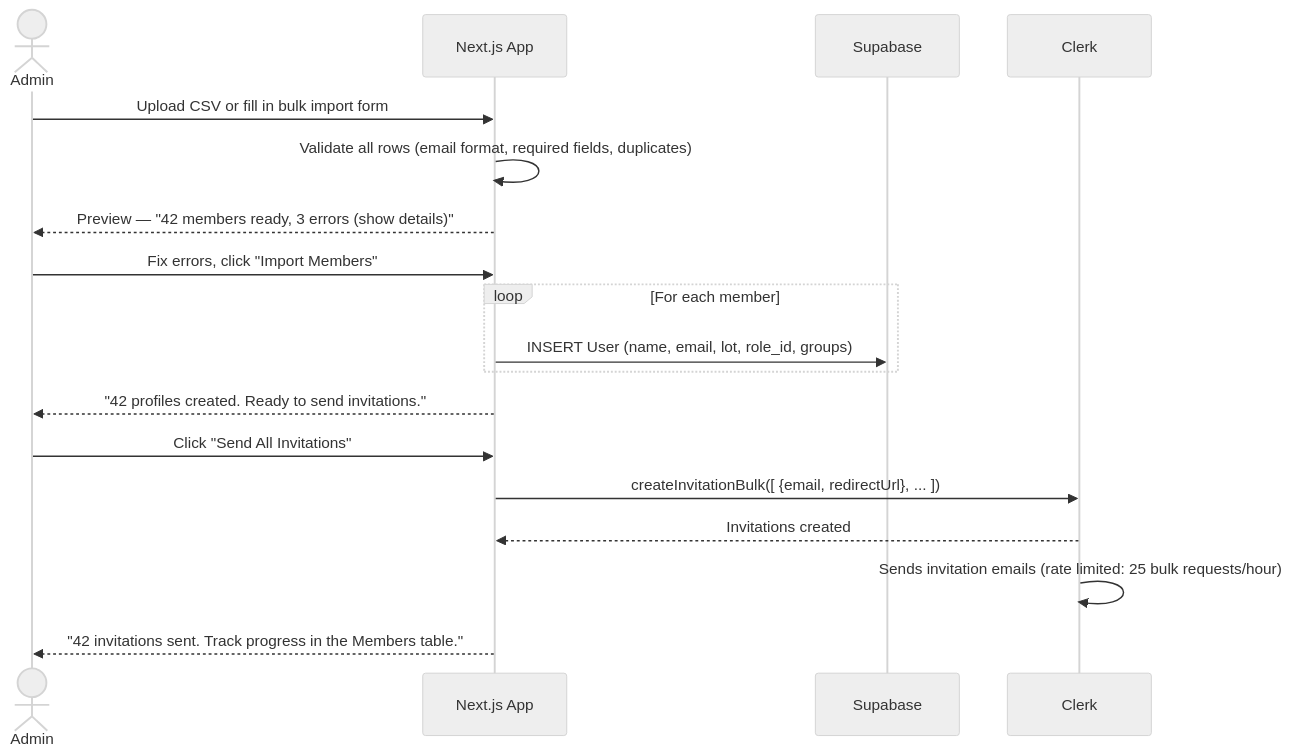
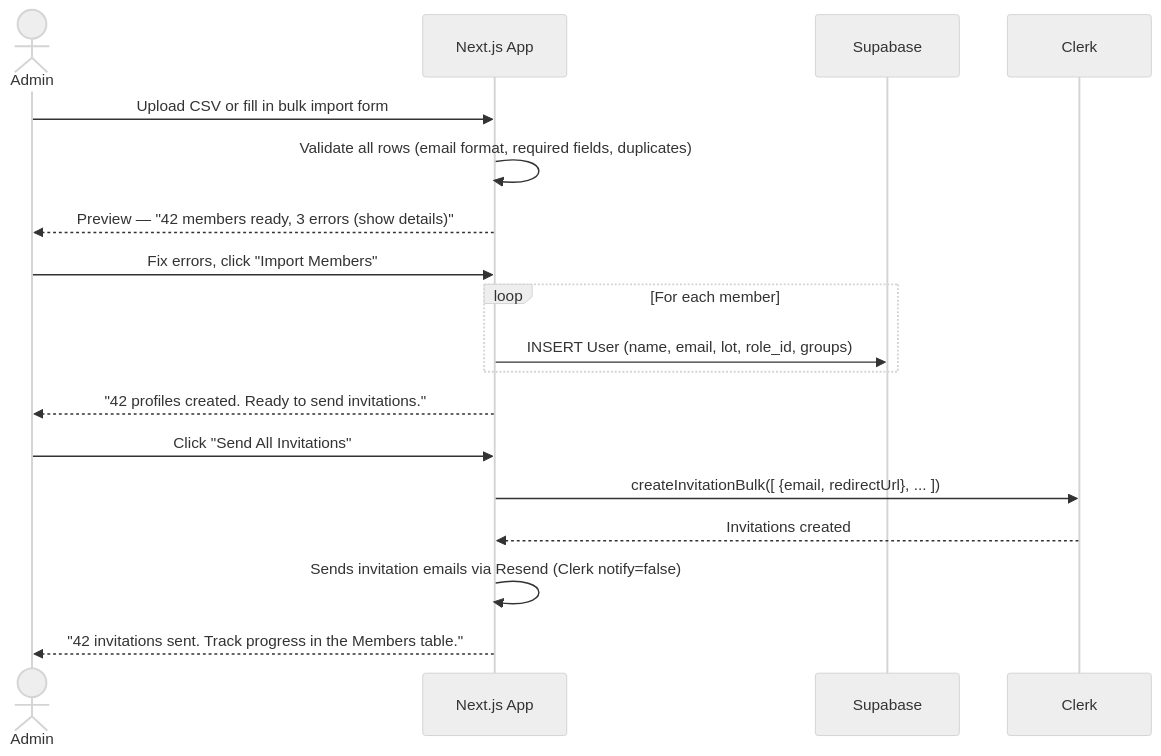
One commit to spencerevison/nsi-portal changed the third of 4 diagrams in docs/nsi-portal-onboarding-flow-design.md. Above: the diagram before and after it, drawn with Mermaid (neutral theme). The commit also changed other lines of this file and 45 other files, not shown here.

````diff
--- a/docs/nsi-portal-onboarding-flow-design.md
+++ b/docs/nsi-portal-onboarding-flow-design.md
@@ -86,23 +87,23 @@
 ```mermaid
 sequenceDiagram
     actor Admin
     participant App as Next.js App
     participant SB as Supabase
     participant CK as Clerk
 
     Admin->>App: Upload CSV or fill in bulk import form
     App->>App: Validate all rows (email format, required fields, duplicates)
     App-->>Admin: Preview — "42 members ready, 3 errors (show details)"
     Admin->>App: Fix errors, click "Import Members"
     
     loop For each member
         App->>SB: INSERT User (name, email, lot, role_id, groups)
     end
     App-->>Admin: "42 profiles created. Ready to send invitations."
     
     Admin->>App: Click "Send All Invitations"
     App->>CK: createInvitationBulk([ {email, redirectUrl}, ... ])
     CK-->>App: Invitations created
-    CK->>CK: Sends invitation emails (rate limited: 25 bulk requests/hour)
+    App->>App: Sends invitation emails via Resend (Clerk notify=false)
     App-->>Admin: "42 invitations sent. Track progress in the Members table."
 ```
````
